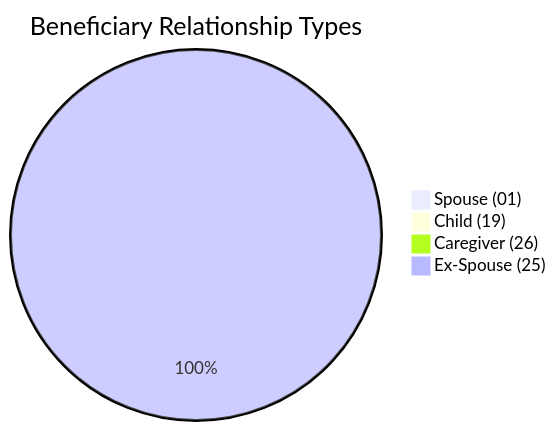
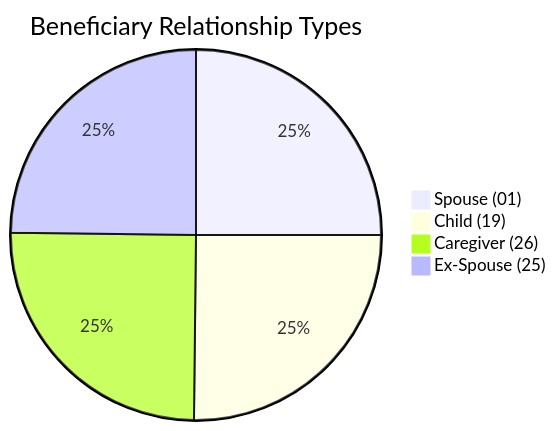
One commit to dhagan-va/intern-2025 changed the eighth of 10 diagrams in test-tools/DataGen/src/Statistics_Visualizer.md. Above: the diagram before and after it, drawn with Mermaid. The commit also changed other lines of this file, not shown here.

````diff
--- a/test-tools/DataGen/src/Statistics_Visualizer.md
+++ b/test-tools/DataGen/src/Statistics_Visualizer.md
@@ -86,7 +86,7 @@
 ```mermaid
 pie title Beneficiary Relationship Types
-    "Spouse (01)" : 0
-    "Child (19)" : 0
-    "Caregiver (26)" : 0
-    "Ex-Spouse (25)" : 1
+    "Spouse (01)" : 24999
+    "Child (19)" : 25176
+    "Caregiver (26)" : 25022
+    "Ex-Spouse (25)" : 24803
 ```
````
